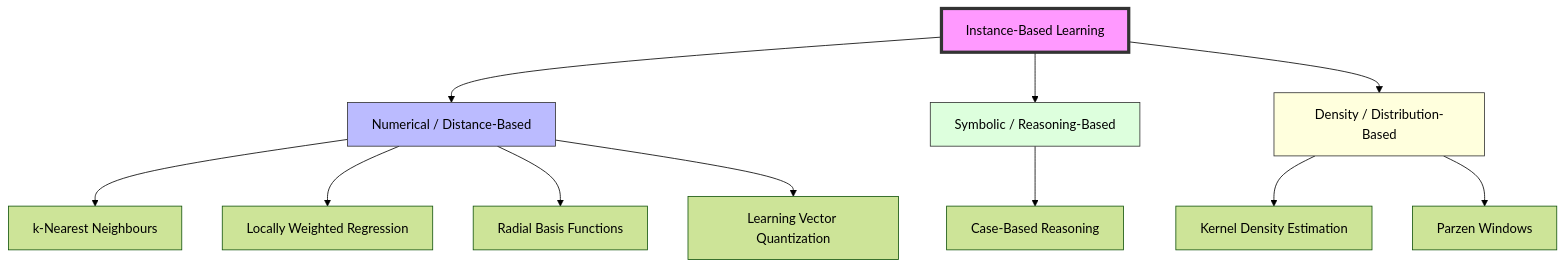
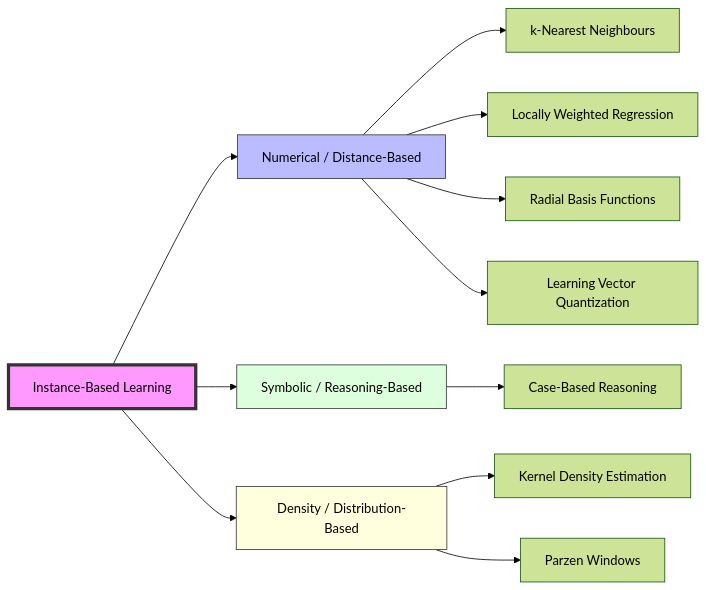
Before and after one commit to arshadhs/arshadhs.github.io: the first of 4 diagrams in content/docs/ai/machine-learning/06-instance-based-learning.md, drawn with Mermaid (forest theme).

```diff
--- a/content/docs/ai/machine-learning/06-instance-based-learning.md
+++ b/content/docs/ai/machine-learning/06-instance-based-learning.md
@@ -58,28 +58,28 @@
 {{< mermaid >}}
-graph TD
+graph LR
     IBL[Instance-Based Learning]
     
     %% Main Branches
     IBL --> Numeric[Numerical / Distance-Based]
     IBL --> Symbolic[Symbolic / Reasoning-Based]
     IBL --> Density[Density / Distribution-Based]
     
     %% Numerical Examples
     Numeric --> KNN[k-Nearest Neighbours]
     Numeric --> LWR[Locally Weighted Regression]
     Numeric --> RBF[Radial Basis Functions]
     Numeric --> LVQ[Learning Vector Quantization]
     
     %% Symbolic Examples
     Symbolic --> CBR[Case-Based Reasoning]
     
     %% Density Examples
     Density --> KDE[Kernel Density Estimation]
     Density --> PW[Parzen Windows]
     
     %% Styling
     style IBL fill:#f9f,stroke:#333,stroke-width:4px
     style Numeric fill:#bbf,stroke:#333
     style Symbolic fill:#dfd,stroke:#333
     style Density fill:#ffd,stroke:#333
 {{< /mermaid >}}
```
